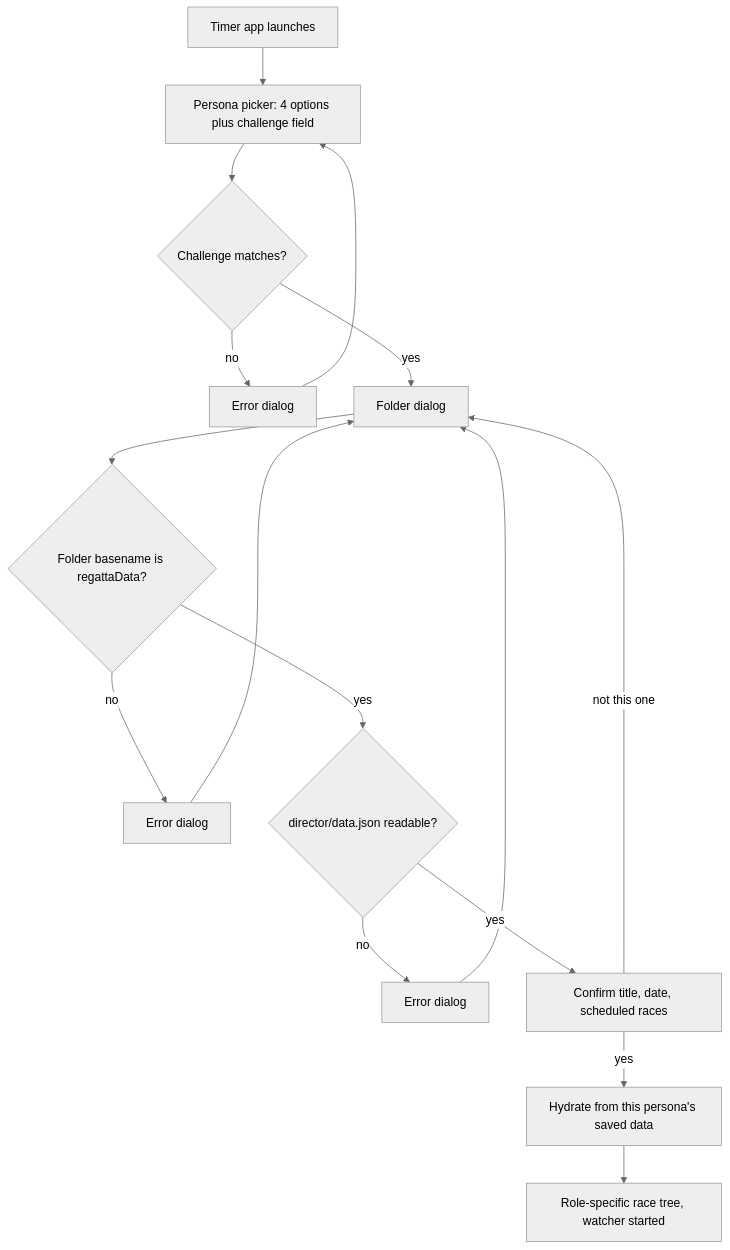
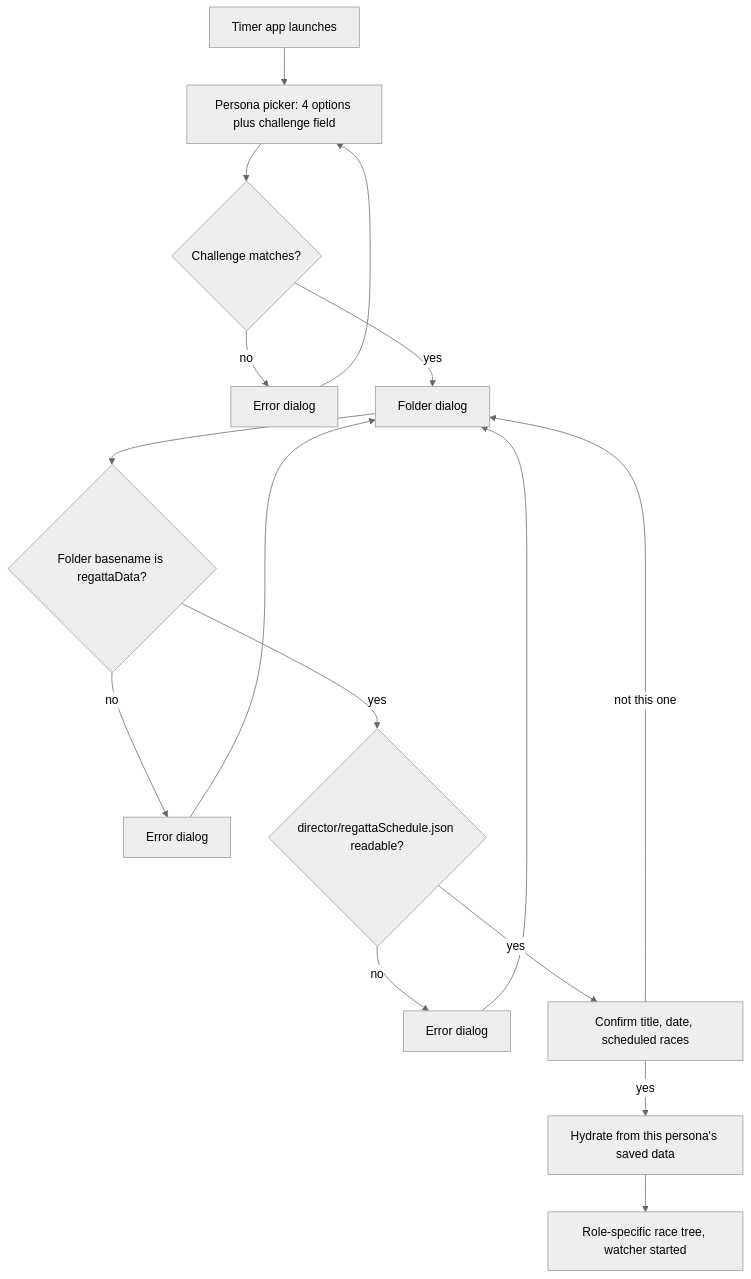
One commit to comagnaw/regattaClock changed the diagram in docs/features/personas/persona-plan.md. Above: the diagram before and after it, drawn with Mermaid (neutral theme). The commit also changed other lines of this file and 2 other files, not shown here.

Commit message:
update data.json name

````diff
--- a/docs/features/personas/persona-plan.md
+++ b/docs/features/personas/persona-plan.md
@@ -418,15 +418,15 @@
 ```mermaid
 flowchart TD
     launch[Timer app launches] --> picker[Persona picker: 4 options plus challenge field]
     picker --> check{Challenge matches?}
     check -->|no| err[Error dialog] --> picker
     check -->|yes| dir[Folder dialog]
     dir --> valid{Folder basename is regattaData?}
     valid -->|no| dirErr[Error dialog] --> dir
-    valid -->|yes| load{director/data.json readable?}
+    valid -->|yes| load{director/regattaSchedule.json readable?}
     load -->|no| loadErr[Error dialog] --> dir
     load -->|yes| confirm[Confirm title, date, scheduled races]
     confirm -->|not this one| dir
     confirm -->|yes| hydrate[Hydrate from this persona's saved data]
     hydrate --> tree[Role-specific race tree, watcher started]
 ```
````
